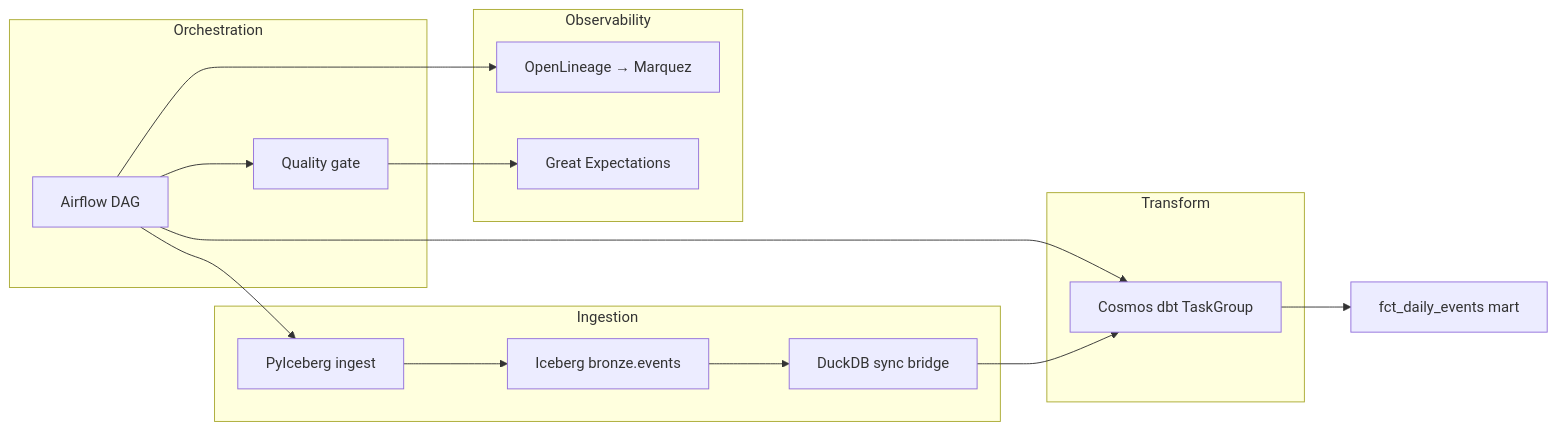
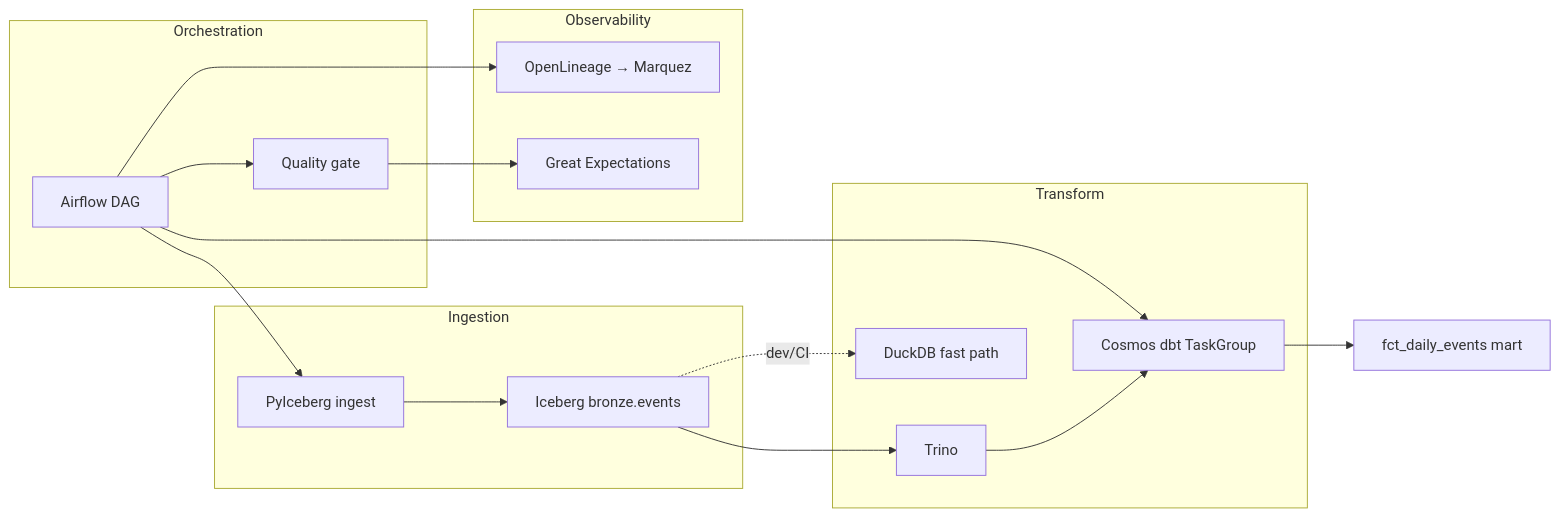
Before and after one commit to br413/lakehouse-platform-starter: the diagram in README.md, drawn with Mermaid. The commit also changed other lines of this file and 17 other files, not shown here.

First line of the commit message:
feat: dbt-trino Iceberg path, Trino in Docker, and interview walkthrough

````diff
--- a/README.md
+++ b/README.md
@@ -30,20 +32,21 @@
 ```mermaid
 flowchart LR
     subgraph ingest [Ingestion]
         A[PyIceberg ingest] --> B[Iceberg bronze.events]
-        B --> C2[DuckDB sync bridge]
     end
     subgraph transform [Transform]
-        C2 --> C[Cosmos dbt TaskGroup]
+        B --> T[Trino]
+        T --> C[Cosmos dbt TaskGroup]
+        B -.->|dev/CI| C2[DuckDB fast path]
     end
     subgraph orchestrate [Orchestration]
         D[Airflow DAG] --> A
         D --> C
         D --> E[Quality gate]
     end
     subgraph observe [Observability]
         D --> F[OpenLineage → Marquez]
         E --> H[Great Expectations]
     end
     C --> I[fct_daily_events mart]
 ```
````
